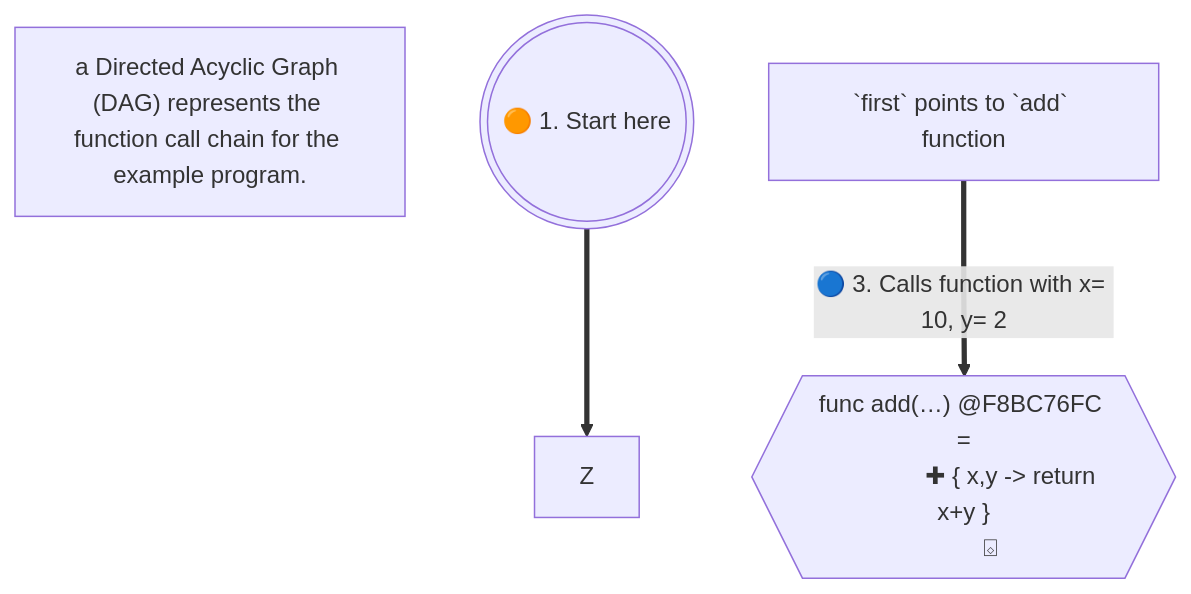
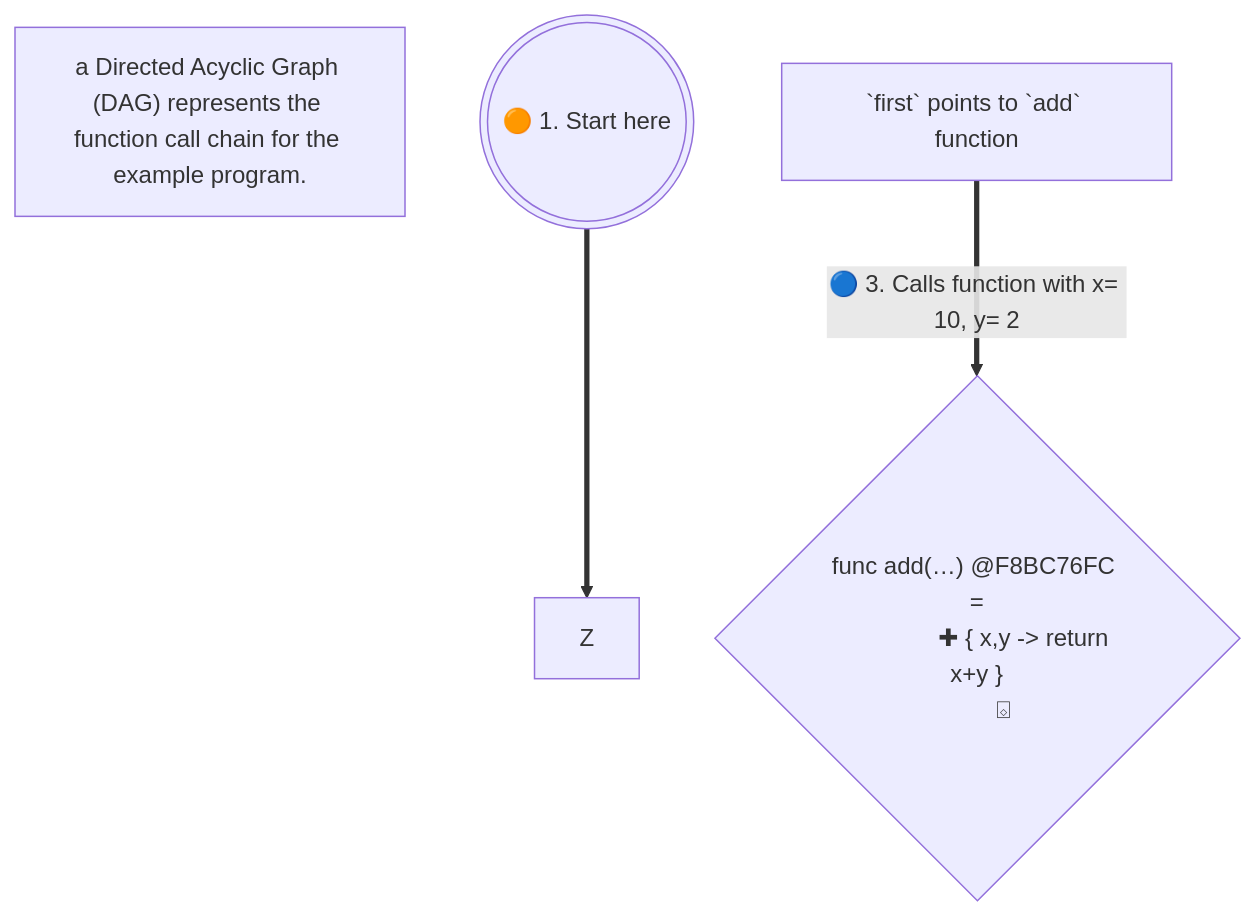
One commit to realityexpander/How_to_program_from_ground_up changed the first of 2 diagrams in 10-FunctionalProgramming.md. Above: the diagram before and after it, drawn with Mermaid.

Commit message:
improve diagram

````diff
--- a/10-FunctionalProgramming.md
+++ b/10-FunctionalProgramming.md
@@ -50,11 +50,11 @@
 ```mermaid
 flowchart TB
 
     note["`a Directed Acyclic Graph (DAG) represents the function call chain for the example program.`"]
 
     start((("🟠 1. Start here"))) ==> Z
 
-    X[" `first` points to `add` function "] ==>|🔵 3. Calls function with x= 10, y= 2| addFn{{" func add(…) @F8BC76FC =
+    X[" `first` points to `add` function "] ==>|🔵 3. Calls function with x= 10, y= 2| addFn{" func add(…) @F8BC76FC =
                ✚ { x,y -> return x+y }
-        ⌺"}}
+        ⌺"}
 ```
````
